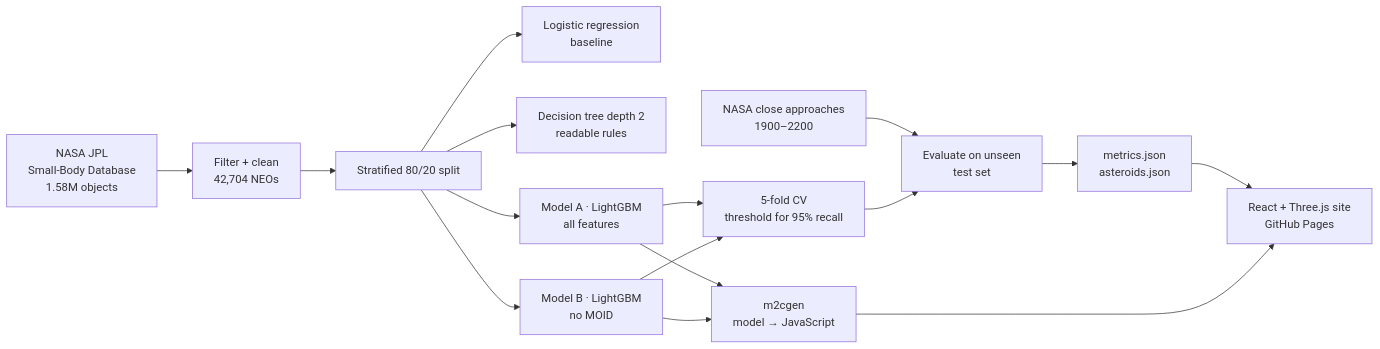
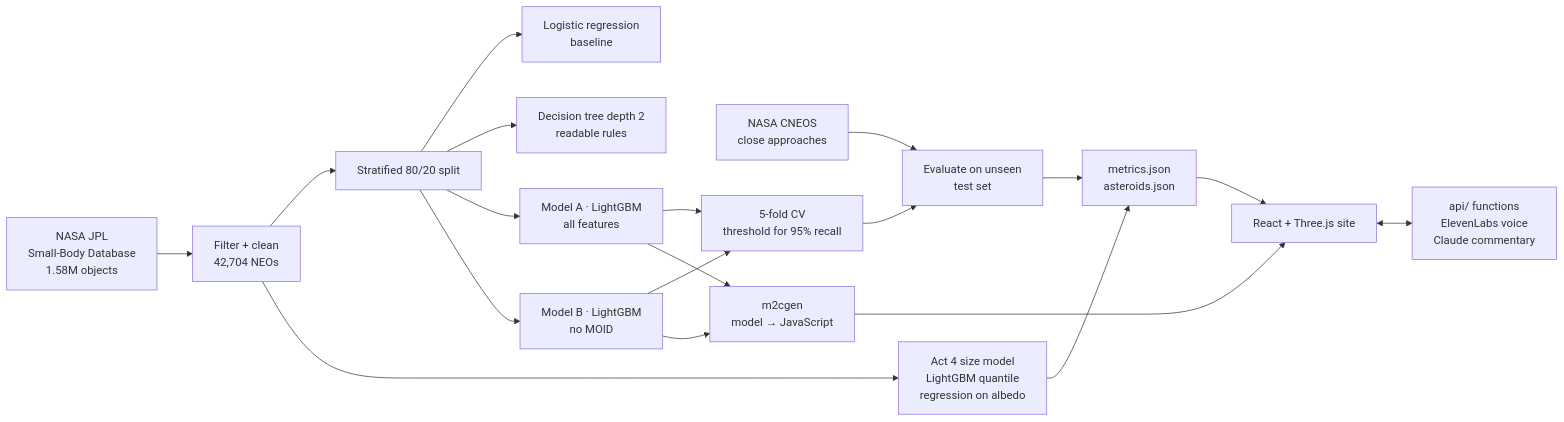
Before and after one commit to abdalla-cooked/DATATHON2026: the diagram in README.md, drawn with Mermaid. The commit also changed other lines of this file, not shown here.

````diff
--- a/README.md
+++ b/README.md
@@ -53,15 +57,18 @@
 ```mermaid
 flowchart LR
     A[NASA JPL<br/>Small-Body Database<br/>1.58M objects] --> B[Filter + clean<br/>42,704 NEOs]
-    C[NASA close approaches<br/>1900–2200] --> F
+    C[NASA CNEOS<br/>close approaches] --> F
     B --> D[Stratified 80/20 split]
     D --> E1[Logistic regression<br/>baseline]
     D --> E2[Decision tree depth 2<br/>readable rules]
     D --> E3[Model A · LightGBM<br/>all features]
     D --> E4[Model B · LightGBM<br/>no MOID]
+    B --> S[Act 4 size model<br/>LightGBM quantile<br/>regression on albedo]
     E3 & E4 --> T[5-fold CV<br/>threshold for 95% recall]
     T --> F[Evaluate on unseen<br/>test set]
     F --> G[metrics.json<br/>asteroids.json]
+    S --> G
     E3 & E4 --> H[m2cgen<br/>model → JavaScript]
-    G & H --> W[React + Three.js site<br/>GitHub Pages]
+    G & H --> W[React + Three.js site]
+    W <--> V[api/ functions<br/>ElevenLabs voice<br/>Claude commentary]
 ```
````
